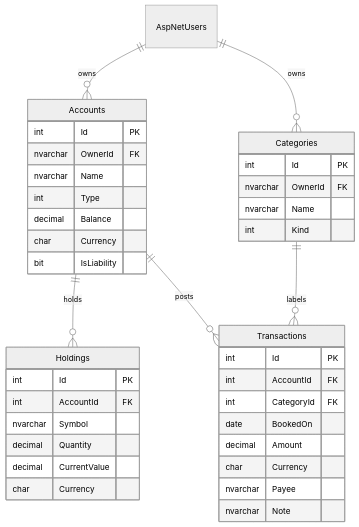
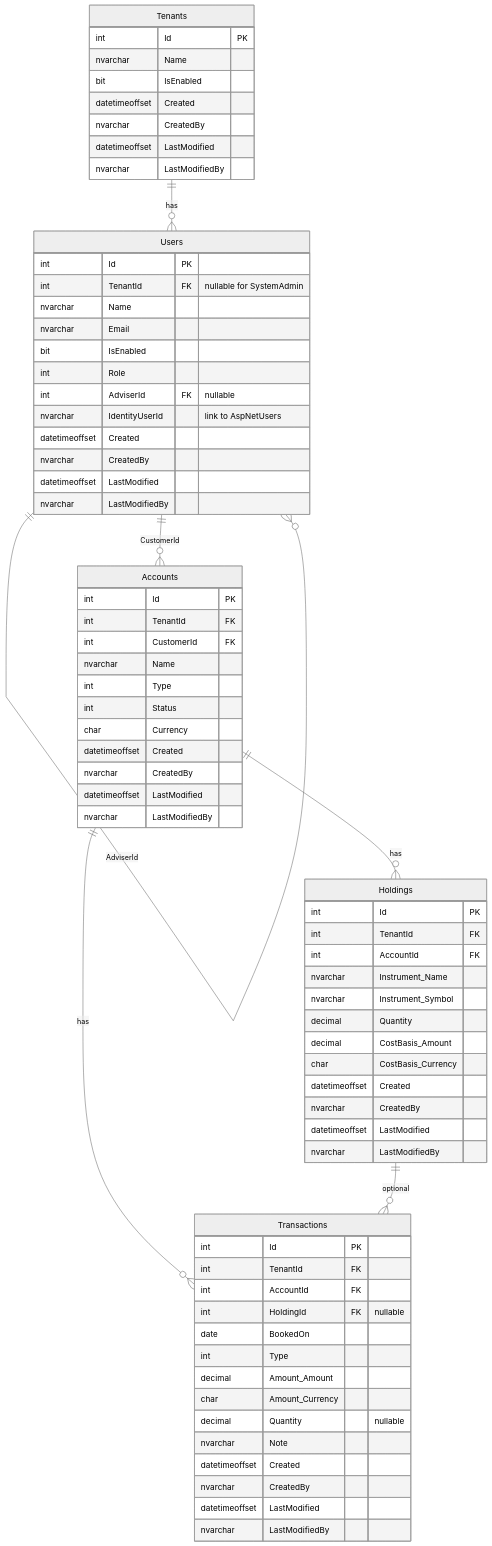
One commit to louis297/MyWealth changed the diagram in docs/database-design.md. Above: the diagram before and after it, drawn with Mermaid (neutral theme). The commit also changed other lines of this file, not shown here.

````diff
--- a/docs/database-design.md
+++ b/docs/database-design.md
@@ -110,42 +77,80 @@
 ```mermaid
 erDiagram
-  AspNetUsers ||--o{ Accounts : owns
-  Accounts ||--o{ Holdings : holds
-  Accounts ||--o{ Transactions : posts
-  AspNetUsers ||--o{ Categories : owns
-  Categories ||--o{ Transactions : labels
+  Tenants ||--o{ Users : "has"
+  Users ||--o{ Users : "AdviserId"
+  Users ||--o{ Accounts : "CustomerId"
+  Accounts ||--o{ Holdings : "has"
+  Accounts ||--o{ Transactions : "has"
+  Holdings ||--o{ Transactions : "optional"
+
+  Tenants {
+    int Id PK
+    nvarchar Name
+    bit IsEnabled
+    datetimeoffset Created
+    nvarchar CreatedBy
+    datetimeoffset LastModified
+    nvarchar LastModifiedBy
+  }
+
+  Users {
+    int Id PK
+    int TenantId FK "nullable for SystemAdmin"
+    nvarchar Name
+    nvarchar Email
+    bit IsEnabled
+    int Role
+    int AdviserId FK "nullable"
+    nvarchar IdentityUserId "link to AspNetUsers"
+    datetimeoffset Created
+    nvarchar CreatedBy
+    datetimeoffset LastModified
+    nvarchar LastModifiedBy
+  }
 
   Accounts {
     int Id PK
-    nvarchar OwnerId FK
+    int TenantId FK
+    int CustomerId FK
     nvarchar Name
     int Type
-    decimal Balance
+    int Status
     char Currency
-    bit IsLiability
+    datetimeoffset Created
+    nvarchar CreatedBy
+    datetimeoffset LastModified
+    nvarchar LastModifiedBy
   }
+
   Holdings {
     int Id PK
+    int TenantId FK
     int AccountId FK
-    nvarchar Symbol
+    nvarchar Instrument_Name
+    nvarchar Instrument_Symbol
     decimal Quantity
-    decimal CurrentValue
-    char Currency
+    decimal CostBasis_Amount
+    char CostBasis_Currency
+    datetimeoffset Created
+    nvarchar CreatedBy
+    datetimeoffset LastModified
+    nvarchar LastModifiedBy
   }
+
   Transactions {
     int Id PK
+    int TenantId FK
     int AccountId FK
-    int CategoryId FK
+    int HoldingId FK "nullable"
     date BookedOn
-    decimal Amount
-    char Currency
-    nvarchar Payee
+    int Type
+    decimal Amount_Amount
+    char Amount_Currency
+    decimal Quantity "nullable"
     nvarchar Note
-  }
-  Categories {
-    int Id PK
-    nvarchar OwnerId FK
-    nvarchar Name
-    int Kind
+    datetimeoffset Created
+    nvarchar CreatedBy
+    datetimeoffset LastModified
+    nvarchar LastModifiedBy
   }
 ```
````
